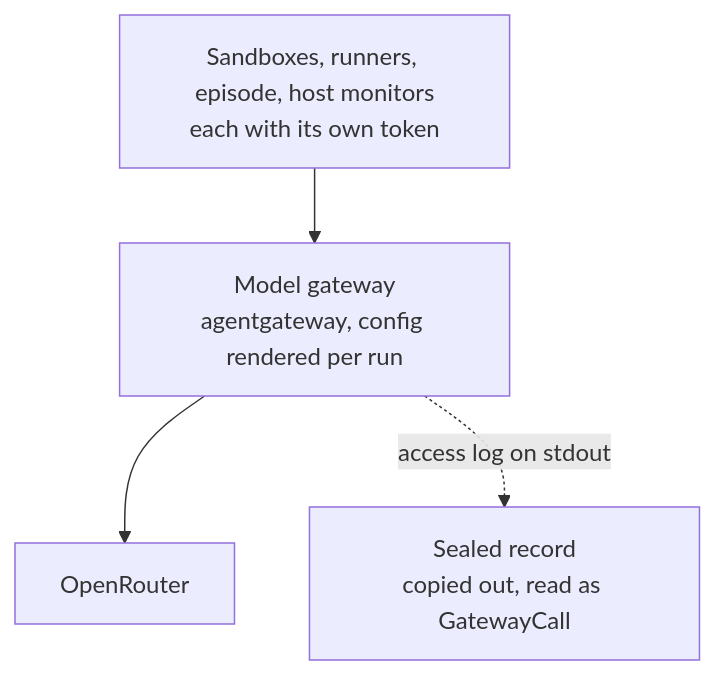
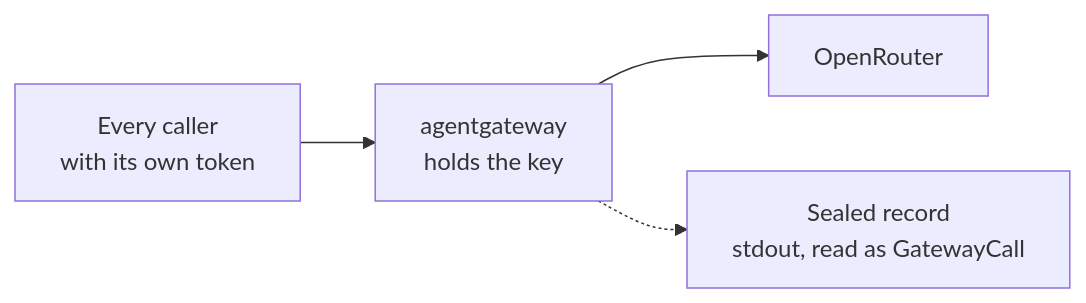
Before and after one commit to SreeSharvesh/loc-arena: the first of 2 diagrams in scripts/spike_agentgateway_llm/PLAN.md, drawn with Mermaid. The commit also changed other lines of this file, not shown here.

Commit message:
Spike: shorten the design proposal, diagrams first

````diff
--- a/scripts/spike_agentgateway_llm/PLAN.md
+++ b/scripts/spike_agentgateway_llm/PLAN.md
@@ -29,6 +5,6 @@
 ```mermaid
-flowchart TB
-  S["Sandboxes, runners, episode, host monitors<br/>each with its own token"] --> G["Model gateway<br/>agentgateway, config rendered per run"]
+flowchart LR
+  C["Every caller<br/>with its own token"] --> G["agentgateway<br/>holds the key"]
   G --> O["OpenRouter"]
-  G -. "access log on stdout" .-> R["Sealed record<br/>copied out, read as GatewayCall"]
+  G -.-> R["Sealed record<br/>stdout, read as GatewayCall"]
 ```
````
